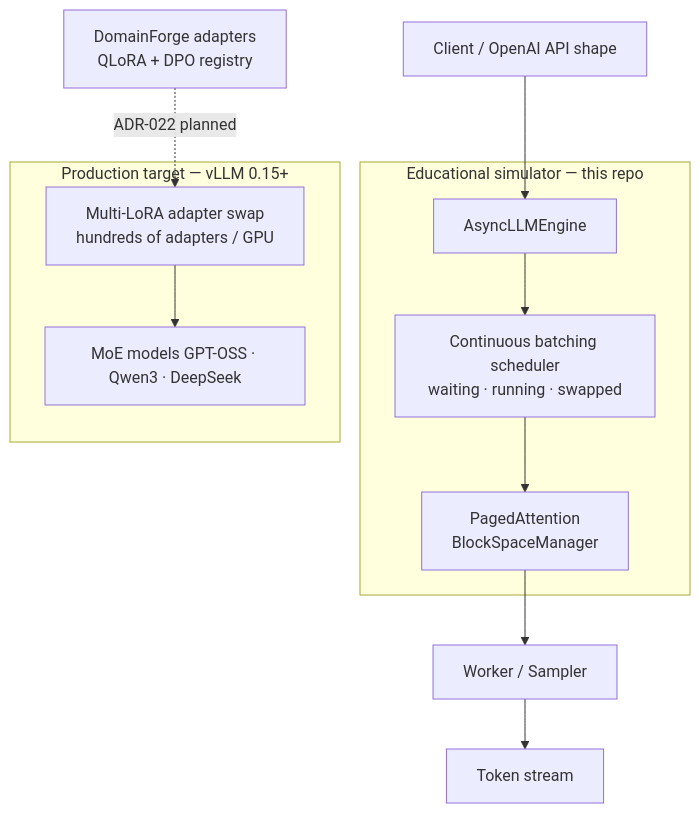
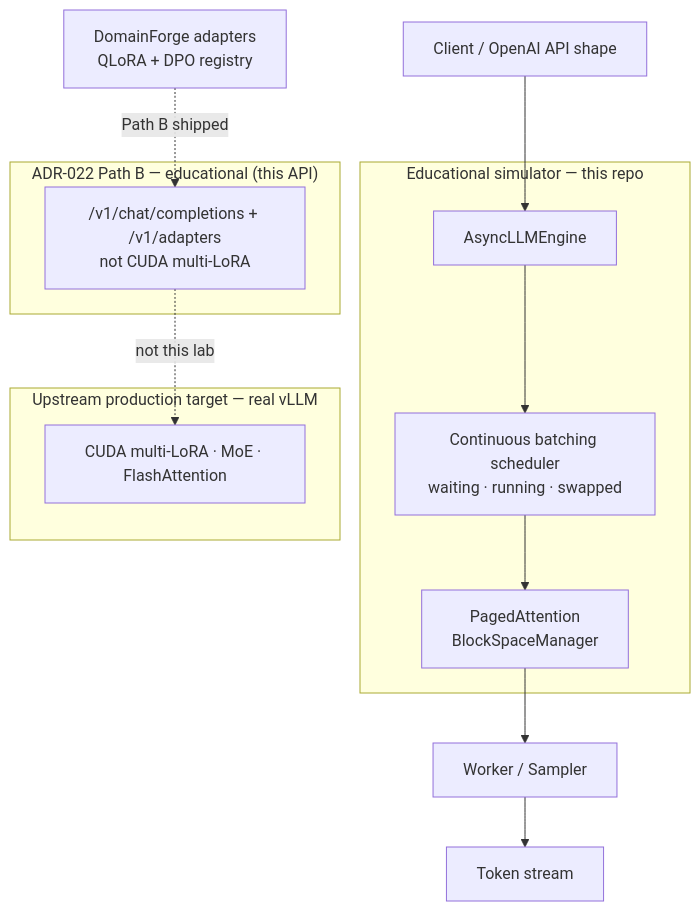
One commit to vpeetla-ai/vllm-architecture-lab changed the diagram in docs/diagrams/canonical-architecture.mmd. Above: the diagram before and after it, drawn with Mermaid. The commit also changed 1 other file, not shown here.

Commit message:
Label ADR-022 Path B as shipped educational adapter chat.
Diagram and status tables no longer present multi-LoRA as only planned CUDA work.

```diff
--- a/docs/diagrams/canonical-architecture.mmd
+++ b/docs/diagrams/canonical-architecture.mmd
@@ -1,21 +1,24 @@
 flowchart TB
   Client["Client / OpenAI API shape"] --> Engine["AsyncLLMEngine"]
   Engine --> Scheduler["Continuous batching scheduler<br/>waiting · running · swapped"]
   Scheduler --> KV["PagedAttention<br/>BlockSpaceManager"]
   KV --> Worker["Worker / Sampler"]
 
   subgraph edu["Educational simulator — this repo"]
     Engine
     Scheduler
     KV
   end
 
-  subgraph prod["Production target — vLLM 0.15+"]
-    LORA["Multi-LoRA adapter swap<br/>hundreds of adapters / GPU"]
-    MOE["MoE models GPT-OSS · Qwen3 · DeepSeek"]
-    LORA --> MOE
+  subgraph pathb["ADR-022 Path B — educational (this API)"]
+    LORA["/v1/chat/completions + /v1/adapters<br/>not CUDA multi-LoRA"]
   end
 
-  DF["DomainForge adapters<br/>QLoRA + DPO registry"] -.->|"ADR-022 planned"| LORA
+  subgraph target["Upstream production target — real vLLM"]
+    CUDA["CUDA multi-LoRA · MoE · FlashAttention"]
+  end
+
+  DF["DomainForge adapters<br/>QLoRA + DPO registry"] -.->|"Path B shipped"| LORA
+  LORA -.->|"not this lab"| CUDA
 
   Worker --> Tokens["Token stream"]
```
